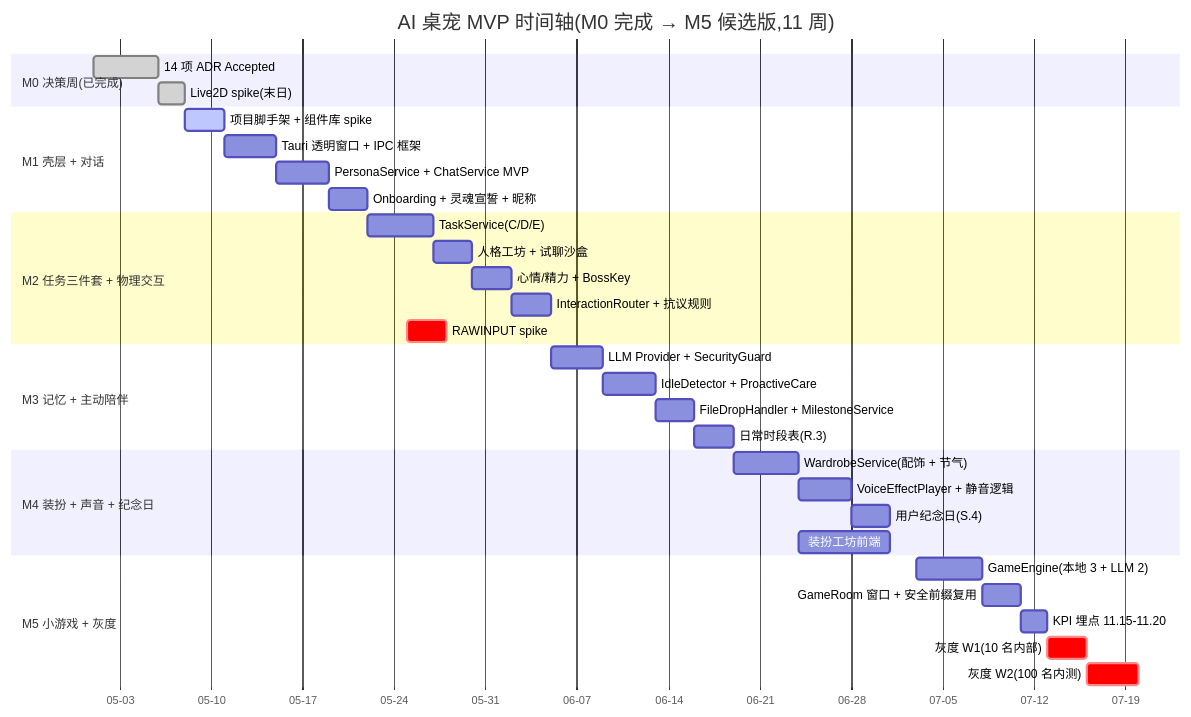
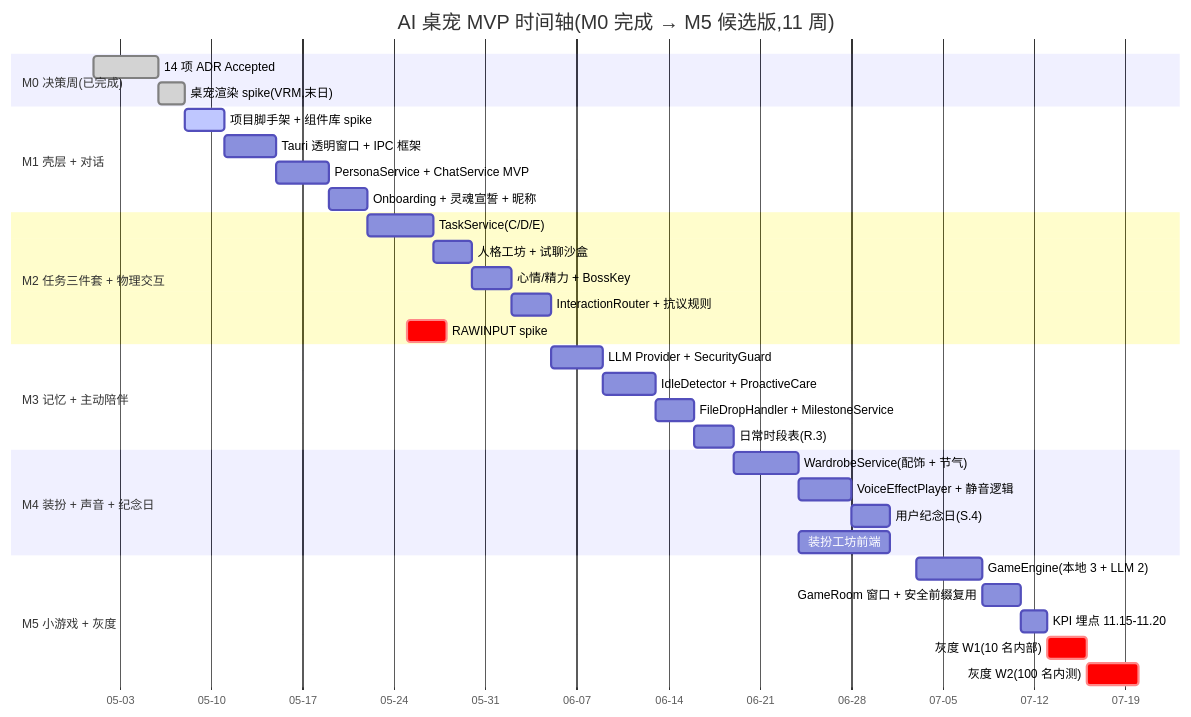
The third of 16 diagrams in docs/AIPET-obsidian/2026-05-01-development-roadmap-v1.0.md (tl0502/aipet), drawn with Mermaid before and after one commit. The commit also changed other lines of this file and 11 other files, not shown here.

First line of the commit message:
docs(baseline): align v1.0 to VRM, supersede Live2D ADR-002/003

````diff
--- a/docs/AIPET-obsidian/2026-05-01-development-roadmap-v1.0.md
+++ b/docs/AIPET-obsidian/2026-05-01-development-roadmap-v1.0.md
@@ -83,42 +83,42 @@
 ```mermaid
 gantt
     title AI 桌宠 MVP 时间轴(M0 完成 → M5 候选版,11 周)
     dateFormat YYYY-MM-DD
     axisFormat %m-%d
 
     section M0 决策周(已完成)
     14 项 ADR Accepted    :done, m0a, 2026-05-01, 5d
-    Live2D spike(末日)   :done, m0b, after m0a, 2d
+    桌宠渲染 spike(VRM,末日) :done, m0b, after m0a, 2d
 
     section M1 壳层 + 对话
     项目脚手架 + 组件库 spike :active, m1a, 2026-05-08, 3d
     Tauri 透明窗口 + IPC 框架 :m1b, after m1a, 4d
     PersonaService + ChatService MVP :m1c, after m1b, 4d
     Onboarding + 灵魂宣誓 + 昵称 :m1d, after m1c, 3d
 
     section M2 任务三件套 + 物理交互
     TaskService(C/D/E)    :m2a, 2026-05-22, 5d
     人格工坊 + 试聊沙盒    :m2b, after m2a, 3d
     心情/精力 + BossKey    :m2c, after m2b, 3d
     InteractionRouter + 抗议规则 :m2d, after m2c, 3d
     RAWINPUT spike         :crit, m2e, 2026-05-25, 3d
 
     section M3 记忆 + 主动陪伴
     LLM Provider + SecurityGuard :m3a, 2026-06-05, 4d
     IdleDetector + ProactiveCare :m3b, after m3a, 4d
     FileDropHandler + MilestoneService :m3c, after m3b, 3d
     日常时段表(R.3)      :m3d, after m3c, 3d
 
     section M4 装扮 + 声音 + 纪念日
     WardrobeService(配饰 + 节气) :m4a, 2026-06-19, 5d
     VoiceEffectPlayer + 静音逻辑 :m4b, after m4a, 4d
     用户纪念日(S.4)      :m4c, after m4b, 3d
     装扮工坊前端          :m4d, after m4a, 7d
 
     section M5 小游戏 + 灰度
     GameEngine(本地 3 + LLM 2)   :m5a, 2026-07-03, 5d
     GameRoom 窗口 + 安全前缀复用 :m5b, after m5a, 3d
     KPI 埋点 11.15-11.20  :m5c, after m5b, 2d
     灰度 W1(10 名内部)   :crit, m5d, 2026-07-13, 3d
     灰度 W2(100 名内测)  :crit, m5e, after m5d, 4d
 ```
````
